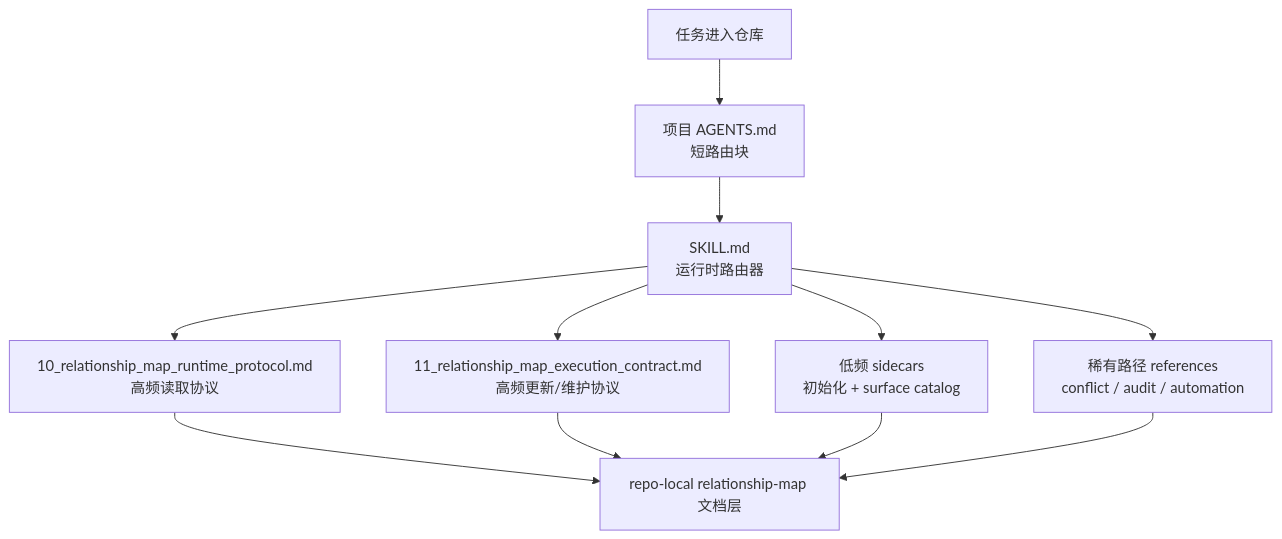
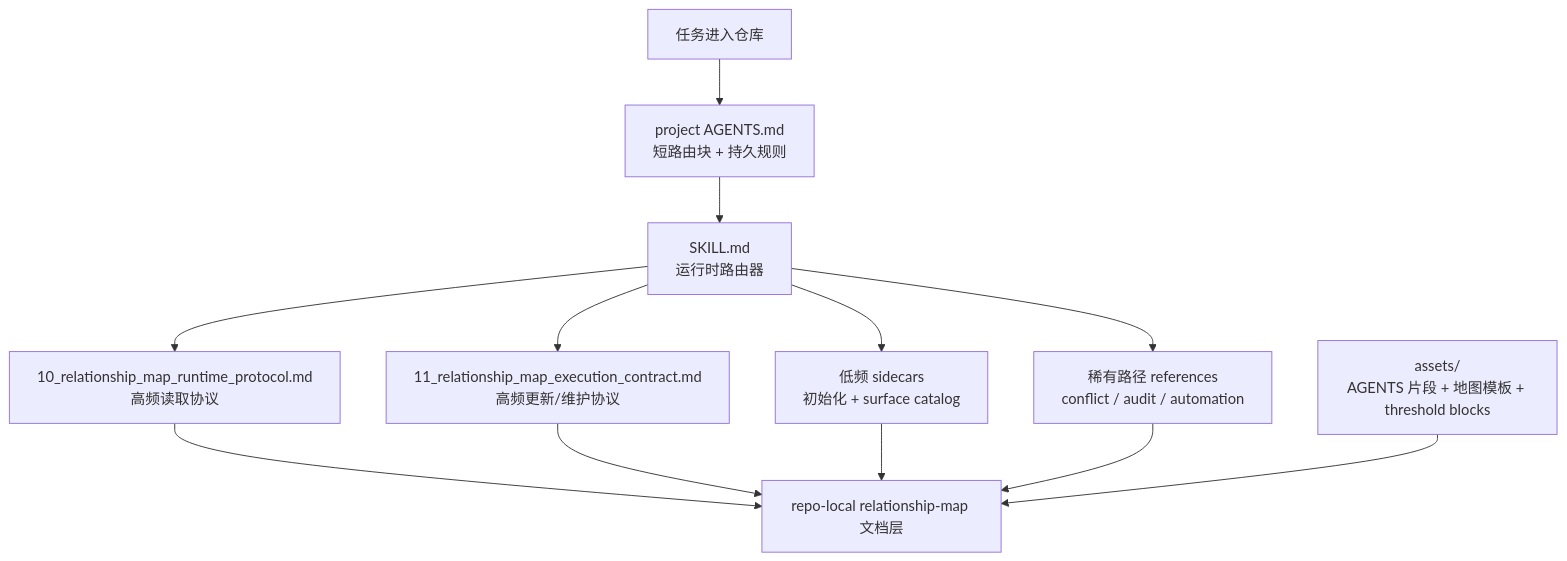
Before and after one commit to 1972143344-max/relationship-map-maintenance-skill: the diagram in README.zh-CN.md, drawn with Mermaid. The commit also changed other lines of this file and 1 other file, not shown here.

````diff
--- a/README.zh-CN.md
+++ b/README.zh-CN.md
@@ -11,13 +9,14 @@
 ```mermaid
 flowchart TD
-    A["任务进入仓库"] --> B["项目 AGENTS.md<br/>短路由块"]
+    A["任务进入仓库"] --> B["project AGENTS.md<br/>短路由块 + 持久规则"]
     B --> C["SKILL.md<br/>运行时路由器"]
     C --> D["10_relationship_map_runtime_protocol.md<br/>高频读取协议"]
     C --> E["11_relationship_map_execution_contract.md<br/>高频更新/维护协议"]
     C --> F["低频 sidecars<br/>初始化 + surface catalog"]
     C --> G["稀有路径 references<br/>conflict / audit / automation"]
     D --> H["repo-local relationship-map 文档层"]
     E --> H
     F --> H
     G --> H
+    I["assets/<br/>AGENTS 片段 + 地图模板 + threshold blocks"] --> H
 ```
````
